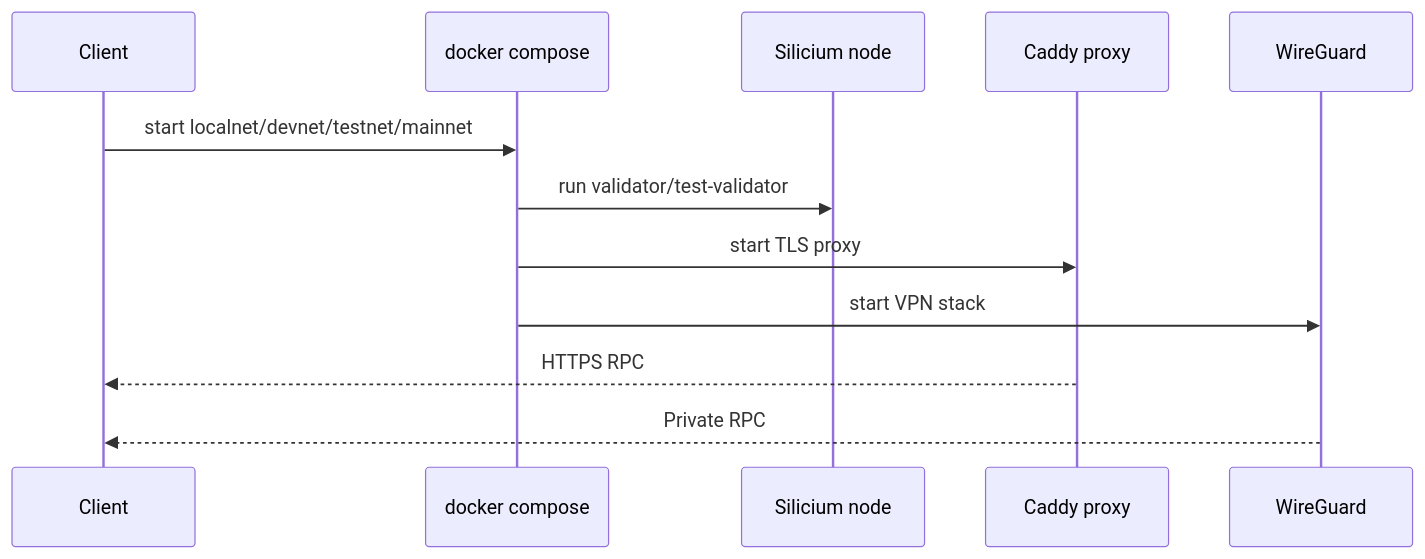
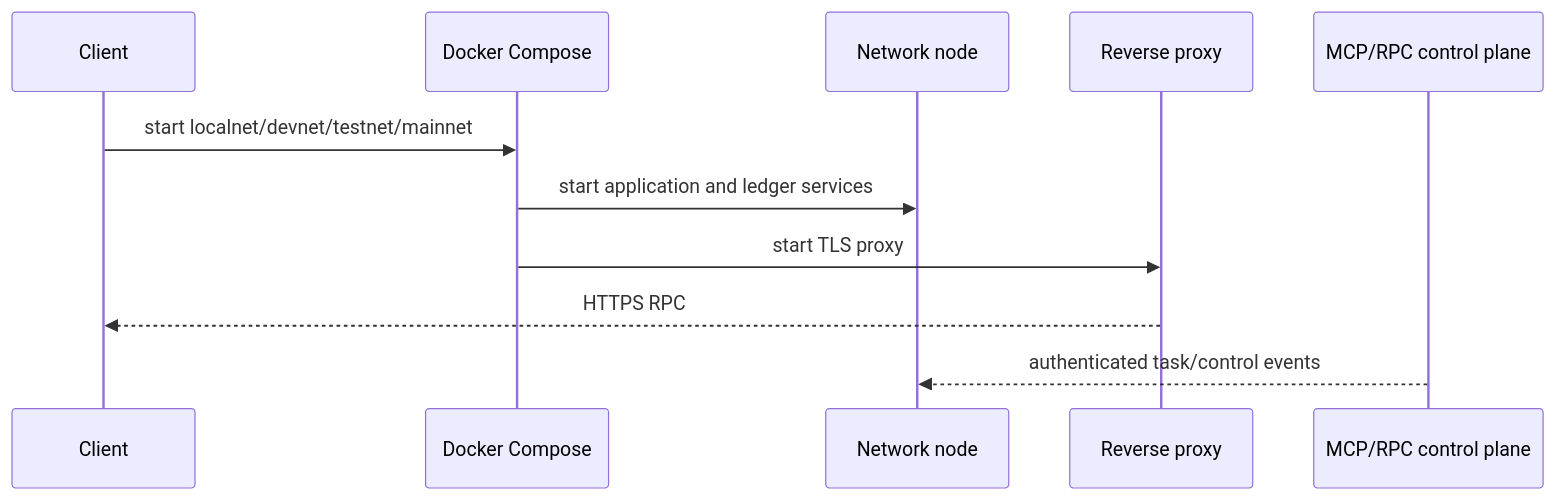
One commit to Silicium-Project/Fusion changed the third of 3 diagrams in docs/network-schema.md. Above: the diagram before and after it, drawn with Mermaid. The commit also changed other lines of this file and 457 other files, not shown here.

````diff
--- a/docs/network-schema.md
+++ b/docs/network-schema.md
@@ -68,15 +67,14 @@
 ```mermaid
 sequenceDiagram
     participant C as Client
-    participant D as docker compose
-    participant N as Silicium node
-    participant P as Caddy proxy
-    participant W as WireGuard
+    participant D as Docker Compose
+    participant N as Network node
+    participant P as Reverse proxy
+    participant M as MCP/RPC control plane
 
     C->>D: start localnet/devnet/testnet/mainnet
-    D->>N: run validator/test-validator
+    D->>N: start application and ledger services
     D->>P: start TLS proxy
-    D->>W: start VPN stack
     P-->>C: HTTPS RPC
-    W-->>C: Private RPC
+    M-->>N: authenticated task/control events
 ```
````
